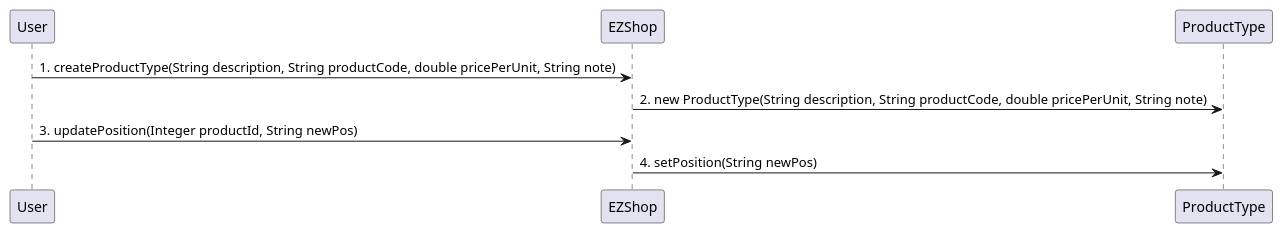
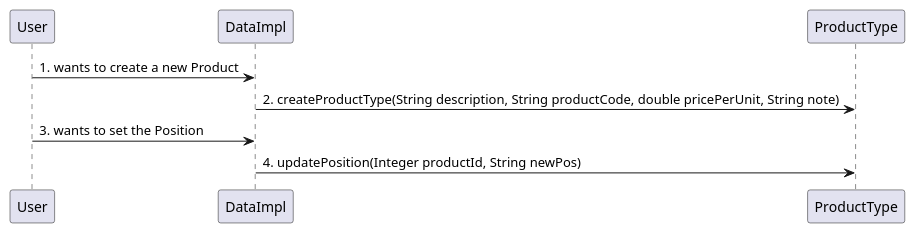
Before and after one commit to djemar/softeng_ezshop: the third of 16 diagrams in Deliverables/DesignDocument.md, drawn with PlantUML. The commit also changed other lines of this file, not shown here.

Commit message:
Verification sequence diagrams part 2

````diff
--- a/Deliverables/DesignDocument.md
+++ b/Deliverables/DesignDocument.md
@@ -264,6 +265,6 @@
 ```plantuml
-"User" -> "EZShop": 1. createProductType(String description, String productCode, double pricePerUnit, String note)
-"EZShop" -> "ProductType" : 2. new ProductType(String description, String productCode, double pricePerUnit, String note)
-"User" -> "EZShop": 3. updatePosition(Integer productId, String newPos)
-"EZShop" -> "ProductType" : 4. setPosition(String newPos)
+"User" -> "DataImpl": 1. wants to create a new Product
+"DataImpl" -> "ProductType": 2. createProductType(String description, String productCode, double pricePerUnit, String note)
+"User" -> "DataImpl": 3. wants to set the Position
+"DataImpl" -> "ProductType": 4. updatePosition(Integer productId, String newPos)
 ```
````
